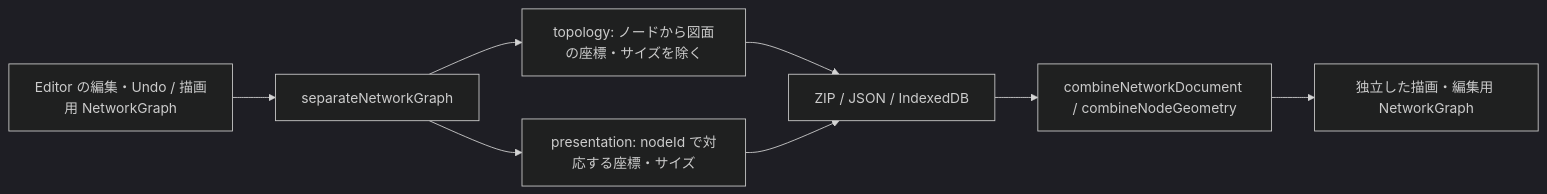
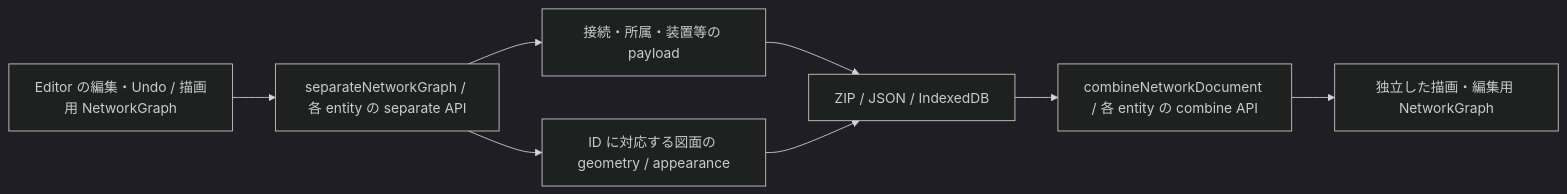
Before and after one commit to konoe-akitoshi/shumoku: the second of 2 diagrams in docs/network-model-storage-stage.ja.md, drawn with Mermaid (dark theme). The commit also changed other lines of this file and 22 other files, not shown here.

Commit message:
refactor: separate entity appearance from stored network topology

````diff
--- a/docs/network-model-storage-stage.ja.md
+++ b/docs/network-model-storage-stage.ja.md
@@ -32,10 +112,10 @@
 ```mermaid
 flowchart LR
-  Runtime["Editor の編集・Undo / 描画用 NetworkGraph"] --> Split["separateNetworkGraph"]
-  Split --> Topology["topology: ノードから図面の座標・サイズを除く"]
-  Split --> Presentation["presentation: nodeId で対応する座標・サイズ"]
+  Runtime["Editor の編集・Undo / 描画用 NetworkGraph"] --> Split["separateNetworkGraph / 各 entity の separate API"]
+  Split --> Topology["接続・所属・装置等の payload"]
+  Split --> Presentation["ID に対応する図面の geometry / appearance"]
   Topology --> Save["ZIP / JSON / IndexedDB"]
   Presentation --> Save
-  Save --> Combine["combineNetworkDocument / combineNodeGeometry"]
+  Save --> Combine["combineNetworkDocument / 各 entity の combine API"]
   Combine --> Loaded["独立した描画・編集用 NetworkGraph"]
 ```
````
